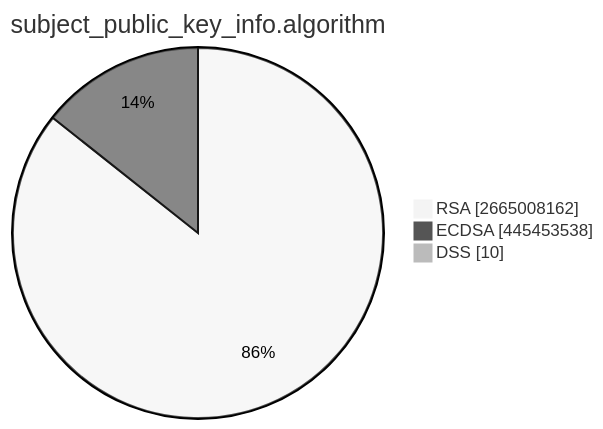
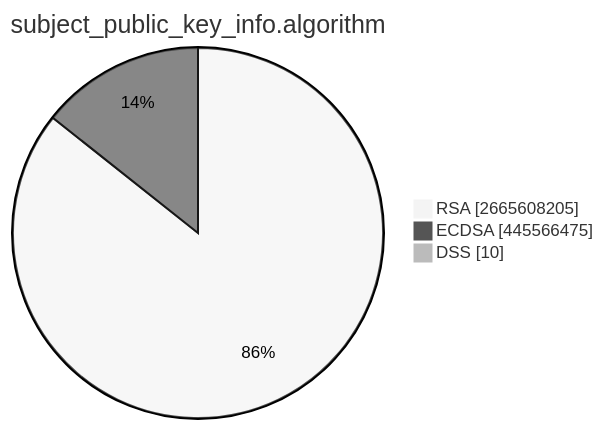
Before and after one commit to christiankrug/ctmonitor_visualization: the second of 15 diagrams in TOTAL/README.md, drawn with Mermaid (neutral theme). The commit also changed other lines of this file, not shown here.

````diff
--- a/TOTAL/README.md
+++ b/TOTAL/README.md
@@ -6,7 +6,7 @@
 ```mermaid
 pie showData
 title subject_public_key_info.algorithm
-"RSA" :2665008162
-"ECDSA" :445453538
+"RSA" :2665608205
+"ECDSA" :445566475
 "DSS" :10
 ```
````
